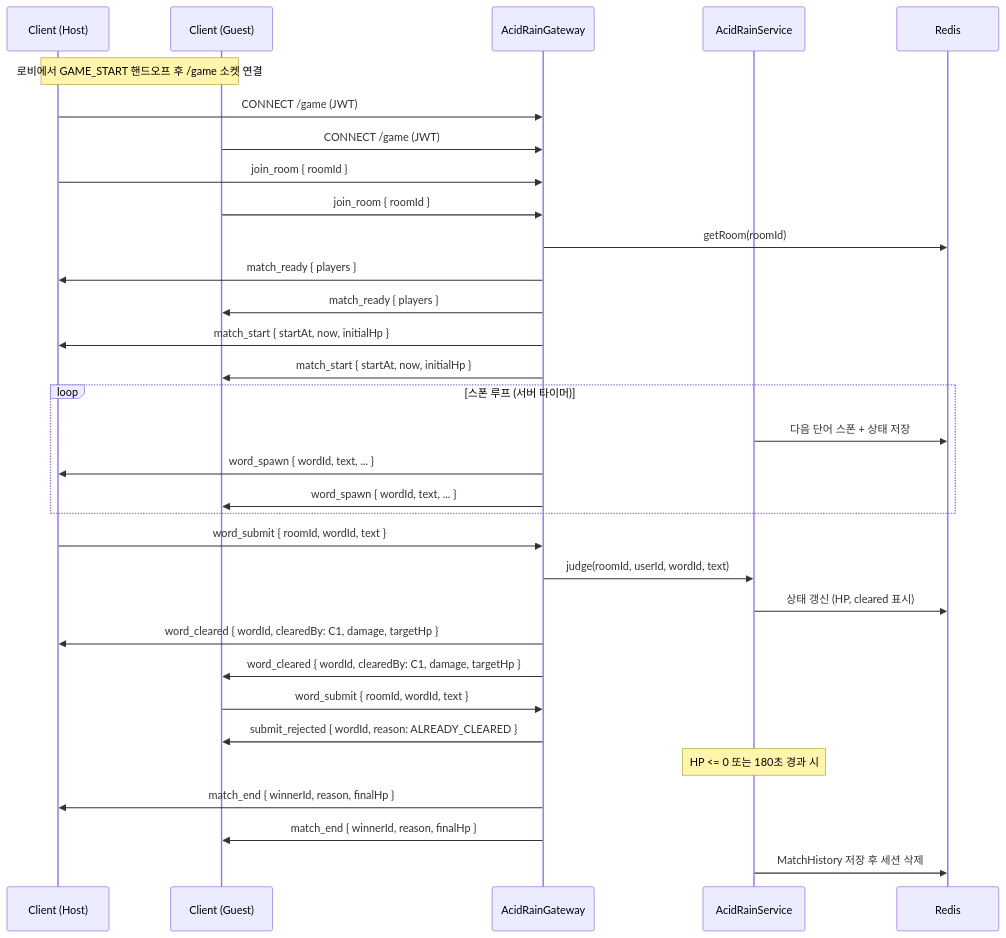
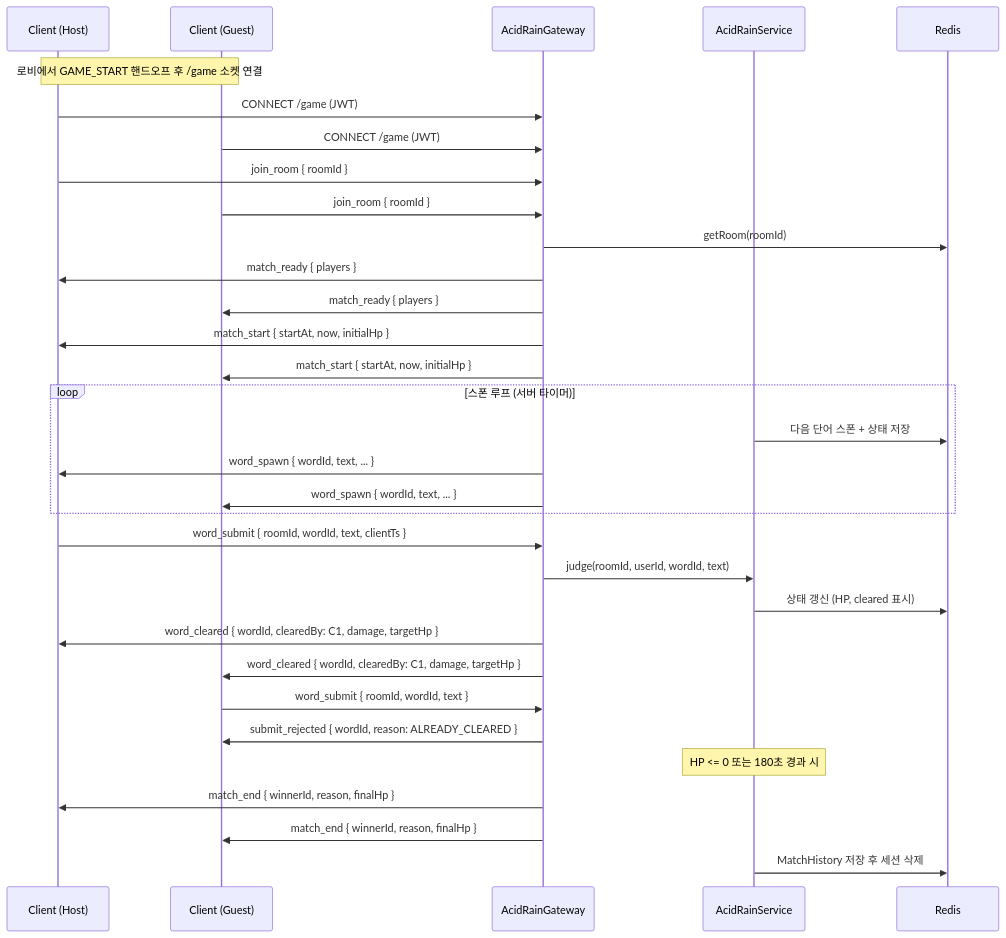
The fifth of 5 diagrams in architecture_design/WEBSOCKET_PROTOCOL.md (222transcendence/transcendence_deploy), drawn with Mermaid before and after one commit.

Commit message:
Potential fix for pull request finding

````diff
--- a/architecture_design/WEBSOCKET_PROTOCOL.md
+++ b/architecture_design/WEBSOCKET_PROTOCOL.md
@@ -316,38 +316,38 @@
 ```mermaid
 sequenceDiagram
     participant C1 as Client (Host)
     participant C2 as Client (Guest)
     participant G as AcidRainGateway
     participant S as AcidRainService
     participant R as Redis
 
     Note over C1,C2: 로비에서 GAME_START 핸드오프 후 /game 소켓 연결
     C1->>G: CONNECT /game (JWT)
     C2->>G: CONNECT /game (JWT)
     C1->>G: join_room { roomId }
     C2->>G: join_room { roomId }
     G->>R: getRoom(roomId)
     G->>C1: match_ready { players }
     G->>C2: match_ready { players }
     G->>C1: match_start { startAt, now, initialHp }
     G->>C2: match_start { startAt, now, initialHp }
 
     loop 스폰 루프 (서버 타이머)
         S->>R: 다음 단어 스폰 + 상태 저장
         G->>C1: word_spawn { wordId, text, ... }
         G->>C2: word_spawn { wordId, text, ... }
     end
 
-    C1->>G: word_submit { roomId, wordId, text }
+    C1->>G: word_submit { roomId, wordId, text, clientTs }
     G->>S: judge(roomId, userId, wordId, text)
     S->>R: 상태 갱신 (HP, cleared 표시)
     G->>C1: word_cleared { wordId, clearedBy: C1, damage, targetHp }
     G->>C2: word_cleared { wordId, clearedBy: C1, damage, targetHp }
     C2->>G: word_submit { roomId, wordId, text }
     G->>C2: submit_rejected { wordId, reason: ALREADY_CLEARED }
 
     Note over S: HP <= 0 또는 180초 경과 시
     G->>C1: match_end { winnerId, reason, finalHp }
     G->>C2: match_end { winnerId, reason, finalHp }
     S->>R: MatchHistory 저장 후 세션 삭제
 ```
````
